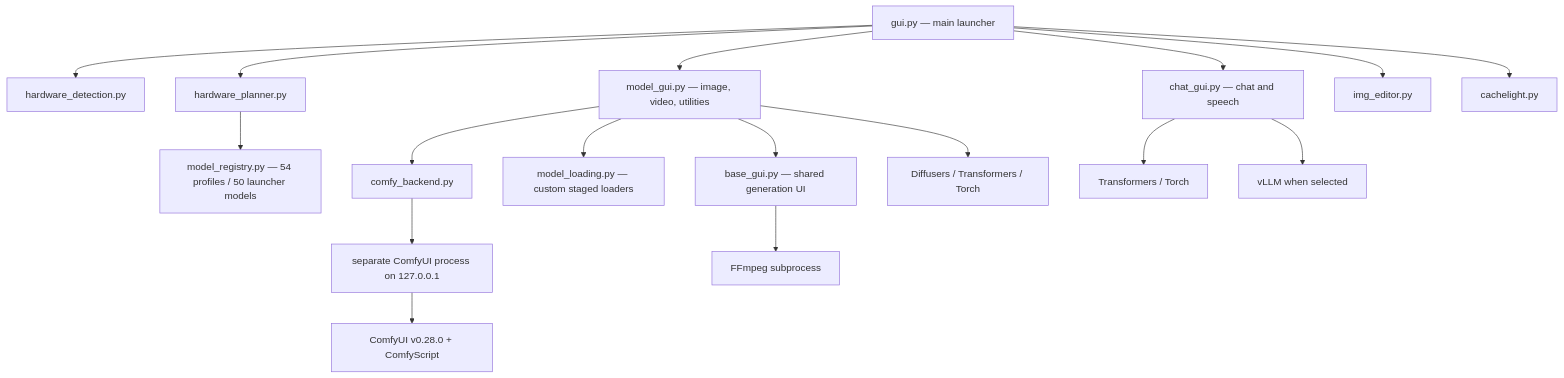
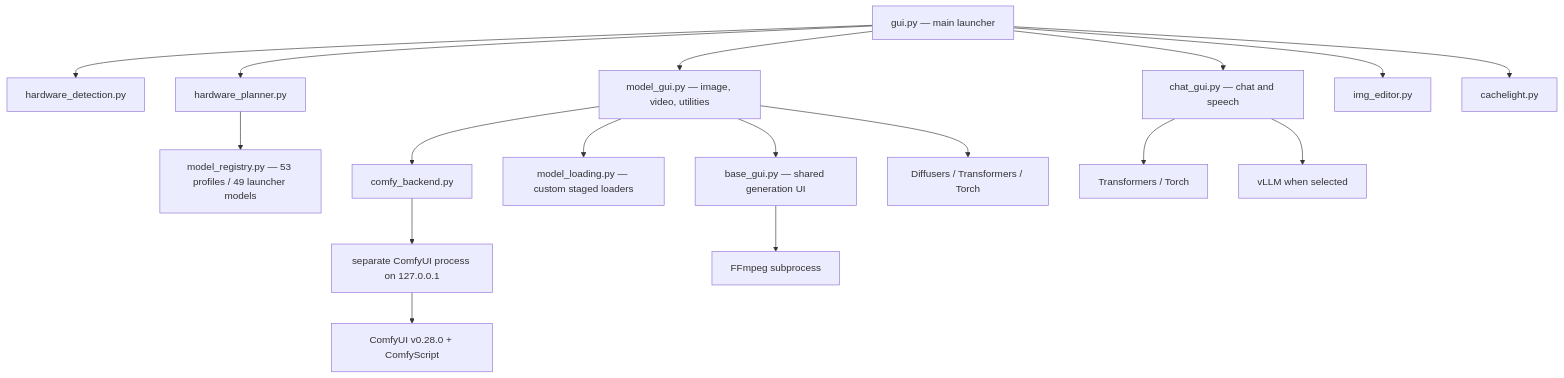
The first of 2 diagrams in docs/README.md (jaredturck/Image-GUI), drawn with Mermaid before and after one commit. The commit also changed other lines of this file and 6 other files, not shown here.

````diff
--- a/docs/README.md
+++ b/docs/README.md
@@ -70,19 +70,19 @@
 ```mermaid
 flowchart TD
     A["gui.py — main launcher"] --> B["hardware_detection.py"]
     A --> C["hardware_planner.py"]
-    C --> D["model_registry.py — 54 profiles / 50 launcher models"]
+    C --> D["model_registry.py — 53 profiles / 49 launcher models"]
     A --> E["model_gui.py — image, video, utilities"]
     A --> F["chat_gui.py — chat and speech"]
     E --> G["base_gui.py — shared generation UI"]
     E --> H["model_loading.py — custom staged loaders"]
     E --> I["comfy_backend.py"]
     I --> J["separate ComfyUI process on 127.0.0.1"]
     J --> K["ComfyUI v0.28.0 + ComfyScript"]
     E --> L["Diffusers / Transformers / Torch"]
     F --> M["Transformers / Torch"]
     F --> N["vLLM when selected"]
     G --> O["FFmpeg subprocess"]
     A --> P["img_editor.py"]
     A --> Q["cachelight.py"]
 ```
````
